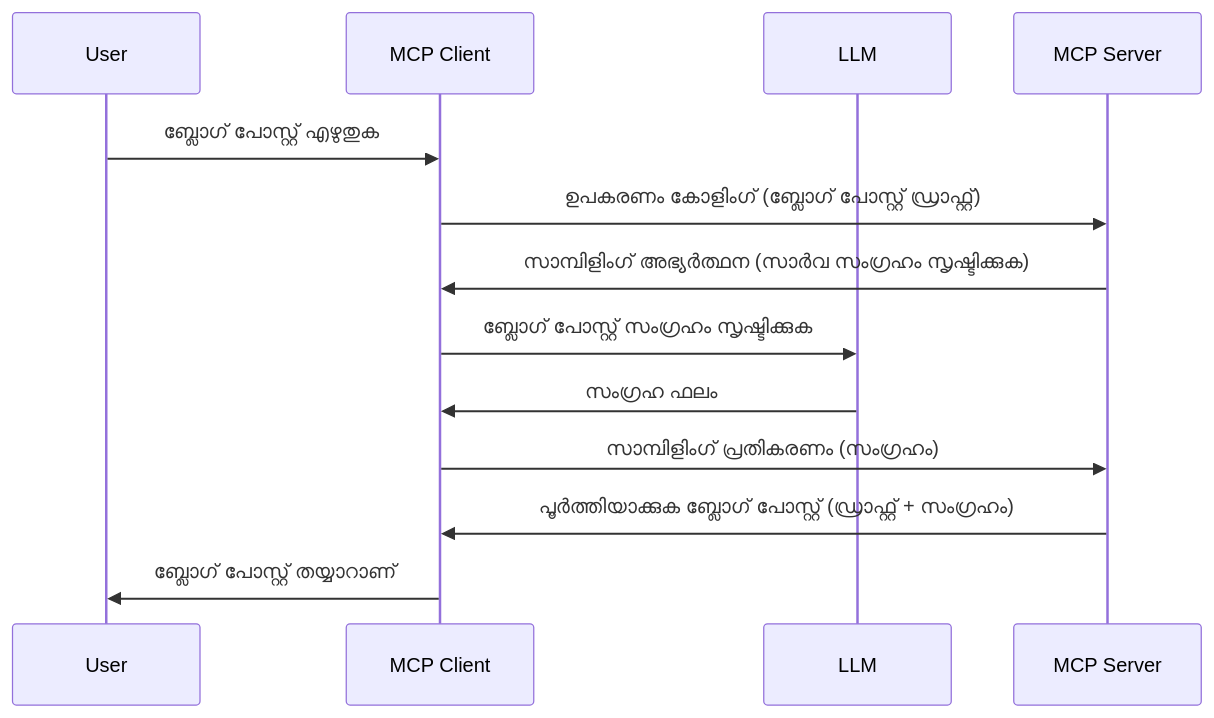
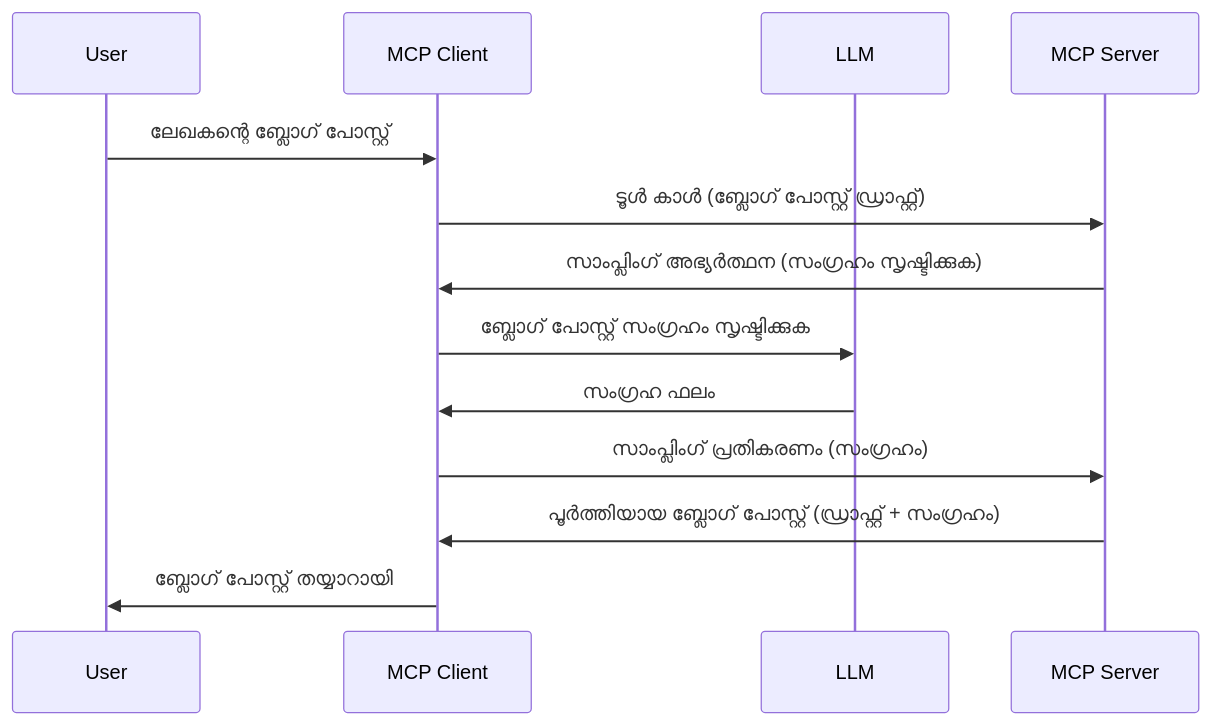
One commit to HIDORAKAI002/ai-workspace-archive changed the diagram in mcp_ecosystem__model_context_protocol/mcp_learning_resources/mcp-for-beginners/translations/ml/03-GettingStarted/14-sampling/README.md. Above: the diagram before and after it, drawn with Mermaid. The commit also changed other lines of this file and 1046 other files, not shown here.

````diff
--- a/mcp_ecosystem__model_context_protocol/mcp_learning_resources/mcp-for-beginners/translations/ml/03-GettingStarted/14-sampling/README.md
+++ b/mcp_ecosystem__model_context_protocol/mcp_learning_resources/mcp-for-beginners/translations/ml/03-GettingStarted/14-sampling/README.md
@@ -23,16 +25,16 @@
 ```mermaid
 sequenceDiagram
     participant User
     participant MCP Client
     participant LLM
     participant MCP Server
 
-    User->>MCP Client: ബ്ലോഗ് പോസ്റ്റ് എഴുതുക
-    MCP Client->>MCP Server: ഉപകരണം കോളിംഗ് (ബ്ലോഗ് പോസ്റ്റ് ഡ്രാഫ്റ്റ്)
-    MCP Server->>MCP Client: സാമ്പിളിംഗ് അഭ്യർത്ഥന (സാർവ സംഗ്രഹം സൃഷ്ടിക്കുക)
+    User->>MCP Client: ലേഖകന്റെ ബ്ലോഗ് പോസ്റ്റ്
+    MCP Client->>MCP Server: ടൂൾ കാൾ (ബ്ലോഗ് പോസ്റ്റ് ഡ്രാഫ്റ്റ്)
+    MCP Server->>MCP Client: സാംപ്ലിംഗ് അഭ്യർത്ഥന (സംഗ്രഹം സൃഷ്ടിക്കുക)
     MCP Client->>LLM: ബ്ലോഗ് പോസ്റ്റ് സംഗ്രഹം സൃഷ്ടിക്കുക
     LLM->>MCP Client: സംഗ്രഹ ഫലം
-    MCP Client->>MCP Server: സാമ്പിളിംഗ് പ്രതികരണം (സംഗ്രഹം)
-    MCP Server->>MCP Client: പൂര്‍ത്തിയാക്കുക ബ്ലോഗ് പോസ്റ്റ് (ഡ്രാഫ്റ്റ് + സംഗ്രഹം)
-    MCP Client->>User: ബ്ലോഗ് പോസ്റ്റ് തയ്യാറാണ്
+    MCP Client->>MCP Server: സാംപ്ലിംഗ് പ്രതികരണം (സംഗ്രഹം)
+    MCP Server->>MCP Client: പൂർത്തിയായ ബ്ലോഗ് പോസ്റ്റ് (ഡ്രാഫ്റ്റ് + സംഗ്രഹം)
+    MCP Client->>User: ബ്ലോഗ് പോസ്റ്റ് തയ്യാറായി
 ```
````
